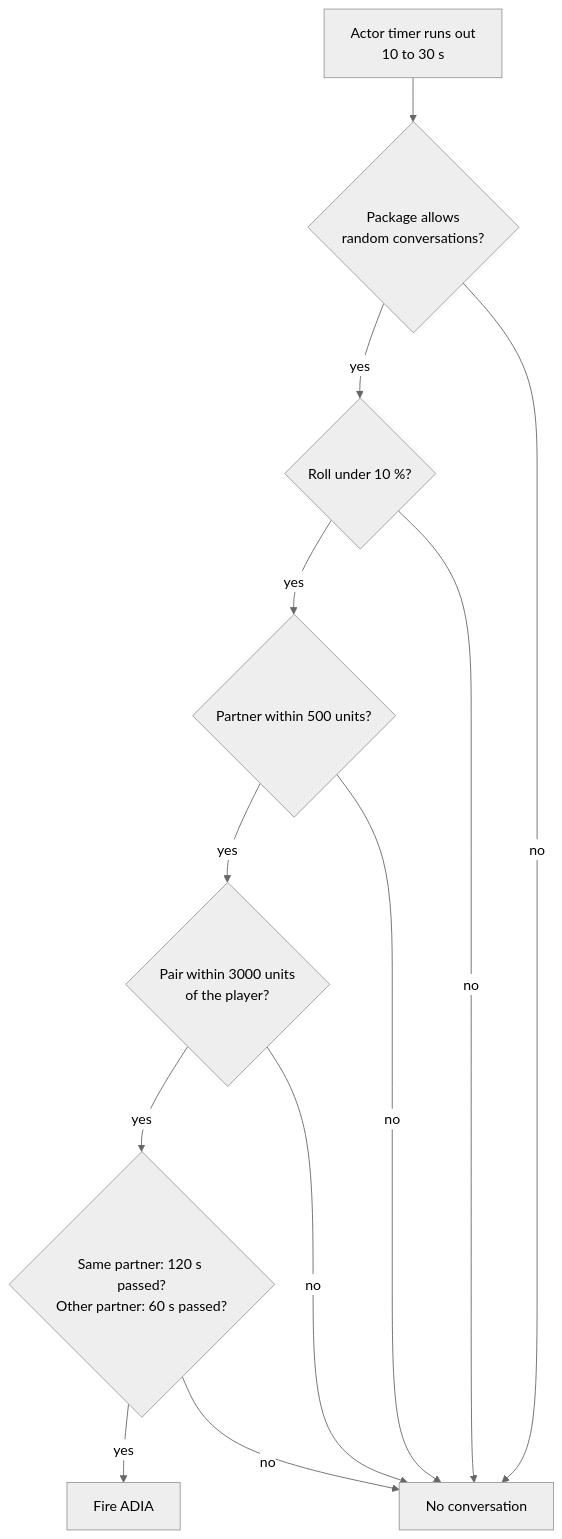
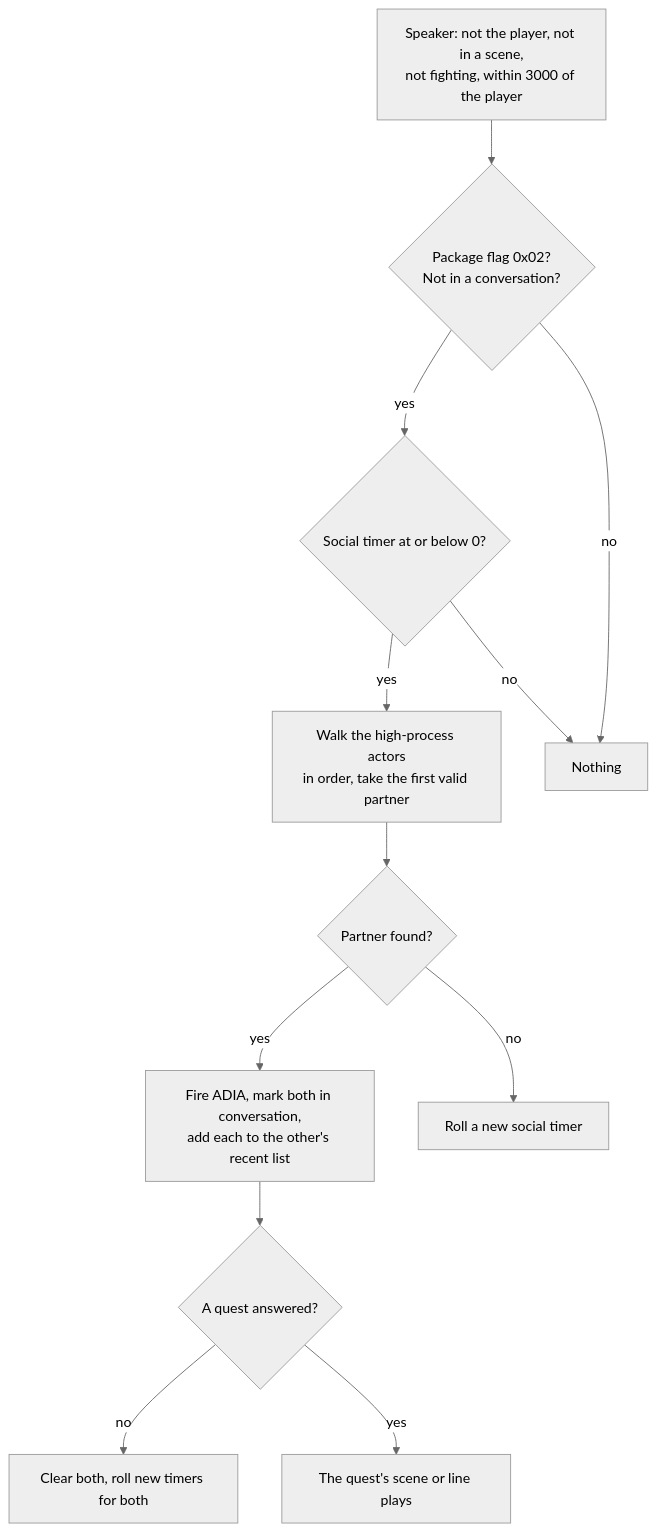
One commit to jjgroenendijk/opensky changed the first of 2 diagrams in docs/engine/random-conversations.md. Above: the diagram before and after it, drawn with Mermaid (neutral theme). The commit also changed other lines of this file and 12 other files, not shown here.

````diff
--- a/docs/engine/random-conversations.md
+++ b/docs/engine/random-conversations.md
@@ -57,14 +72,14 @@
 ```mermaid
 flowchart TD
-    A["Actor timer runs out<br/>10 to 30 s"] --> B{"Package allows<br/>random conversations?"}
-    B -- yes --> C{"Roll under 10 %?"}
-    C -- yes --> D{"Partner within 500 units?"}
-    D -- yes --> E{"Pair within 3000 units<br/>of the player?"}
-    E -- yes --> F{"Same partner: 120 s passed?<br/>Other partner: 60 s passed?"}
-    F -- yes --> G[Fire ADIA]
-    B -- no --> H[No conversation]
-    C -- no --> H
-    D -- no --> H
-    E -- no --> H
-    F -- no --> H
+    A["Speaker: not the player, not in a scene,<br/>not fighting, within 3000 of the player"] --> B{"Package flag 0x02?<br/>Not in a conversation?"}
+    B -- yes --> C{"Social timer at or below 0?"}
+    C -- yes --> D["Walk the high-process actors<br/>in order, take the first valid partner"]
+    D --> E{"Partner found?"}
+    E -- yes --> F["Fire ADIA, mark both in conversation,<br/>add each to the other's recent list"]
+    E -- no --> G["Roll a new social timer"]
+    F --> H{"A quest answered?"}
+    H -- no --> I["Clear both, roll new timers for both"]
+    H -- yes --> J["The quest's scene or line plays"]
+    B -- no --> K[Nothing]
+    C -- no --> K
 ```
````
